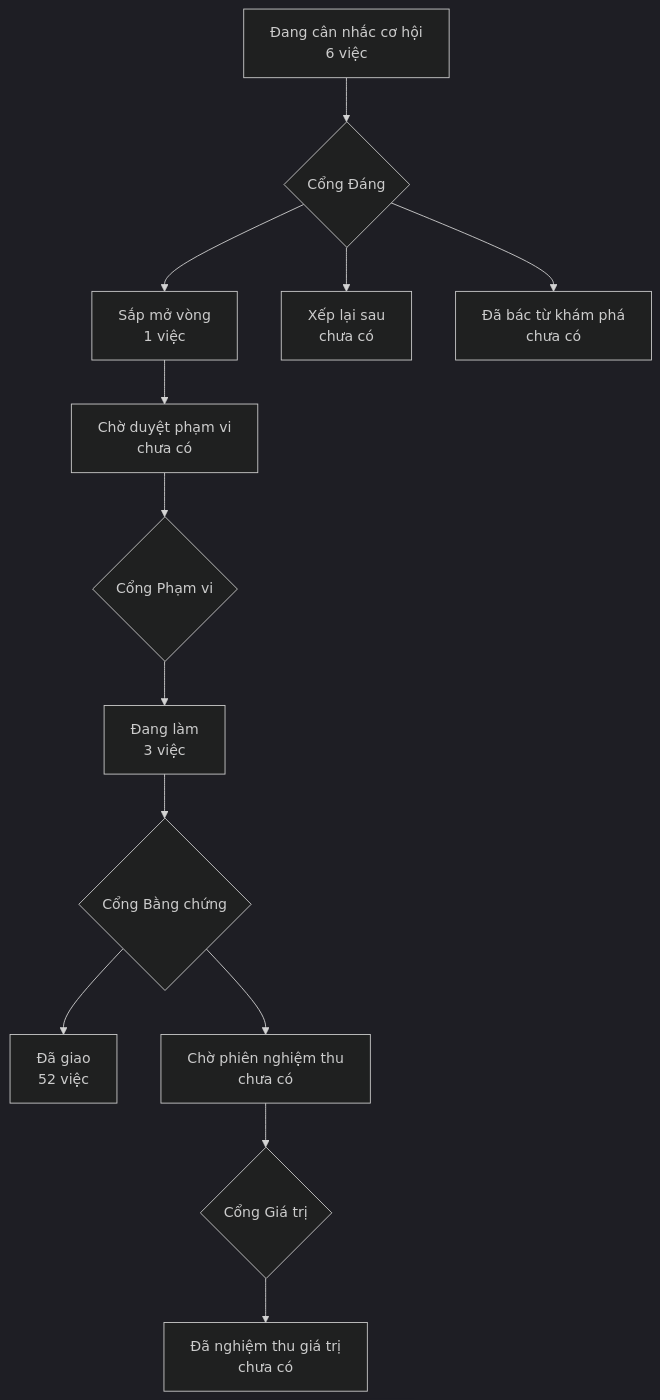
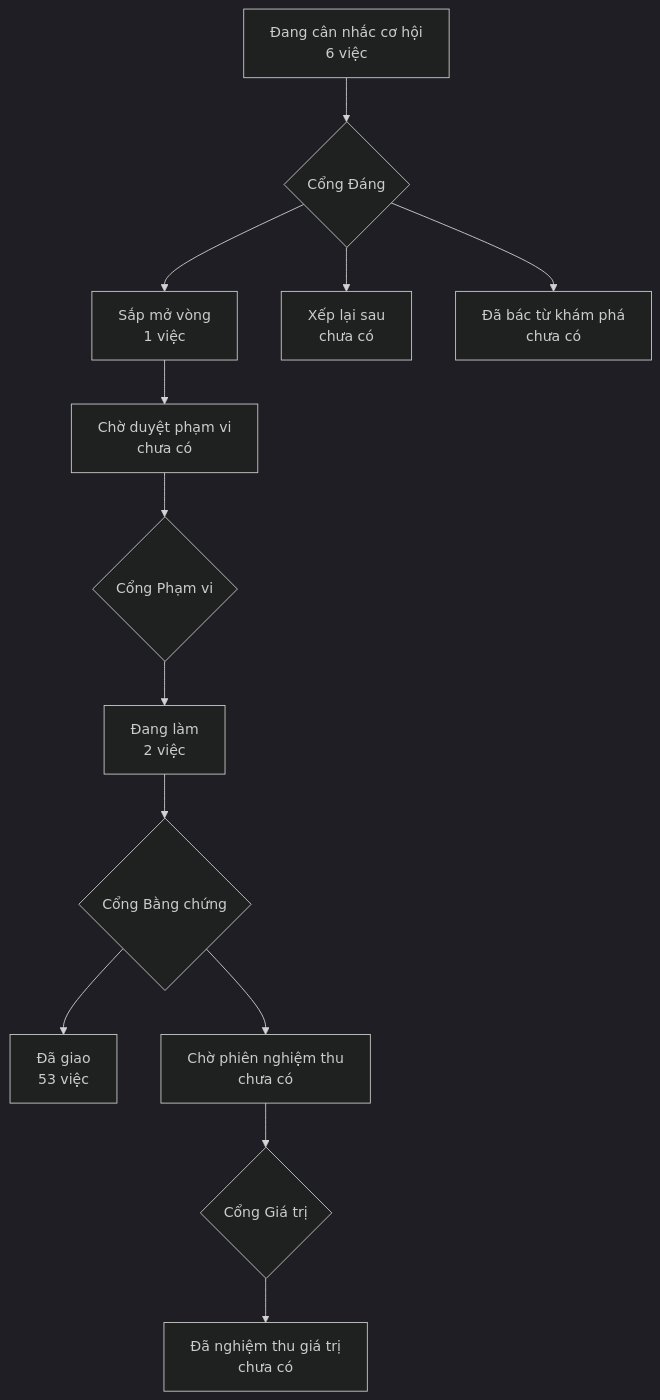
The diagram in PRODUCT-MAP.md (phanlemanh/acceptance-gate-kit), drawn with Mermaid (dark theme) before and after one commit. The commit also changed 3 other files, not shown here.

Commit message:
acceptance(vao-co-o-ra-co-ten): owner ký Cổng Bằng chứng 2026-08-22 — signed-off + bản đồ vẽ lại cùng lượt

````diff
--- a/PRODUCT-MAP.md
+++ b/PRODUCT-MAP.md
@@ -6,12 +6,12 @@
 ```mermaid
 flowchart TD
   A["Đang cân nhắc cơ hội<br/>6 việc"] --> GD{"Cổng Đáng"}
   GD --> B["Sắp mở vòng<br/>1 việc"]
   GD --> XL["Xếp lại sau<br/>chưa có"]
   GD --> DB["Đã bác từ khám phá<br/>chưa có"]
   B --> CD["Chờ duyệt phạm vi<br/>chưa có"] --> GP{"Cổng Phạm vi"}
-  GP --> DL["Đang làm<br/>3 việc"] --> GB{"Cổng Bằng chứng"}
-  GB --> DG["Đã giao<br/>52 việc"]
+  GP --> DL["Đang làm<br/>2 việc"] --> GB{"Cổng Bằng chứng"}
+  GB --> DG["Đã giao<br/>53 việc"]
   GB --> CN["Chờ phiên nghiệm thu<br/>chưa có"] --> GG{"Cổng Giá trị"}
   GG --> NT["Đã nghiệm thu giá trị<br/>chưa có"]
 ```
````
